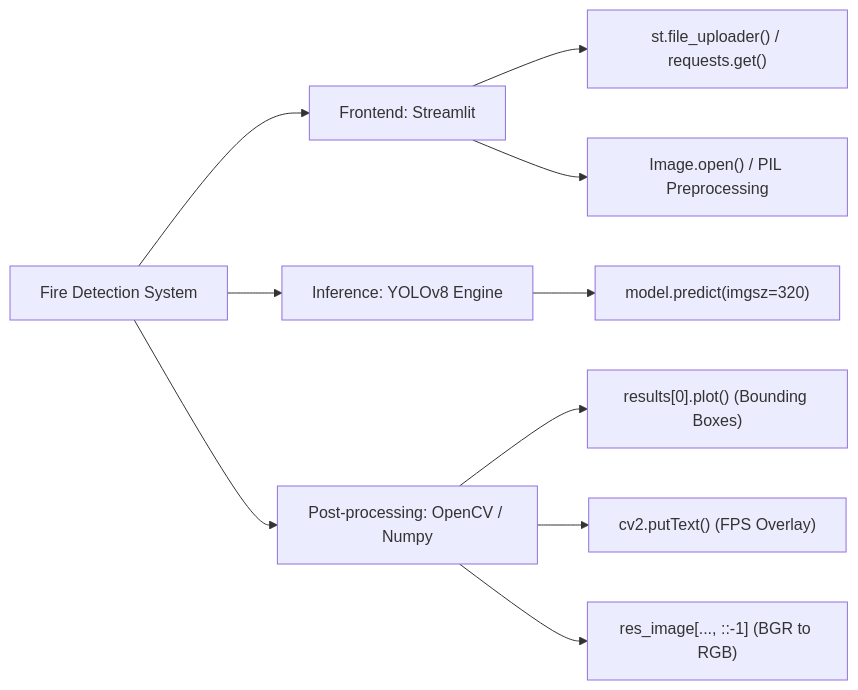
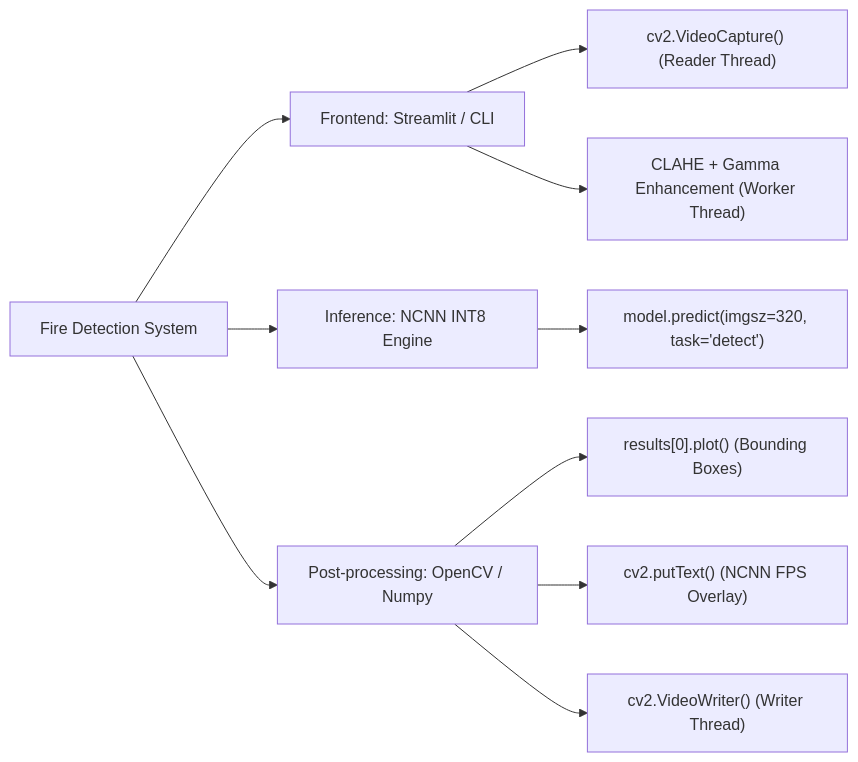
One commit to hank921109/114-2-Fire_Smoke_Detection changed the first of 3 diagrams in README.md. Above: the diagram before and after it, drawn with Mermaid. The commit also changed other lines of this file and 31 other files, not shown here.

````diff
--- a/README.md
+++ b/README.md
@@ -53,16 +55,16 @@
 ```mermaid
 graph LR
     System[Fire Detection System]
-    
-    System --> UI[Frontend: Streamlit]
-    UI --> UI1["st.file_uploader() / requests.get()"]
-    UI --> UI2["Image.open() / PIL Preprocessing"]
-    
-    System --> Core[Inference: YOLOv8 Engine]
-    Core --> Core1["model.predict(imgsz=320)"]
-    
+
+    System --> UI[Frontend: Streamlit / CLI]
+    UI --> UI1["cv2.VideoCapture() (Reader Thread)"]
+    UI --> UI2["CLAHE + Gamma Enhancement (Worker Thread)"]
+
+    System --> Core[Inference: NCNN INT8 Engine]
+    Core --> Core1["model.predict(imgsz=320, task='detect')"]
+
     System --> Post[Post-processing: OpenCV / Numpy]
     Post --> Post1["results[0].plot() (Bounding Boxes)"]
-    Post --> Post2["cv2.putText() (FPS Overlay)"]
-    Post --> Post3["res_image[..., ::-1] (BGR to RGB)"]
+    Post --> Post2["cv2.putText() (NCNN FPS Overlay)"]
+    Post --> Post3["cv2.VideoWriter() (Writer Thread)"]
 ```
````
